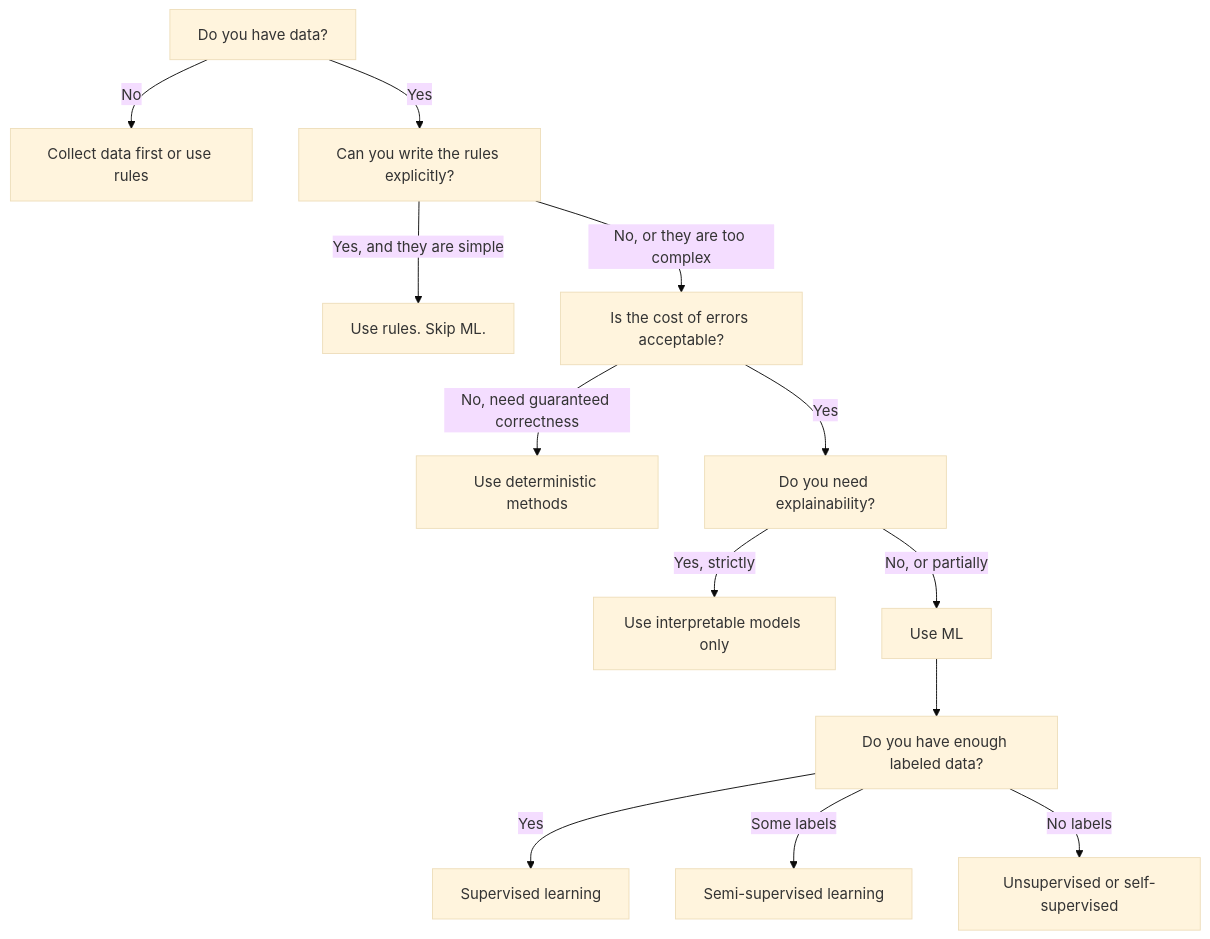
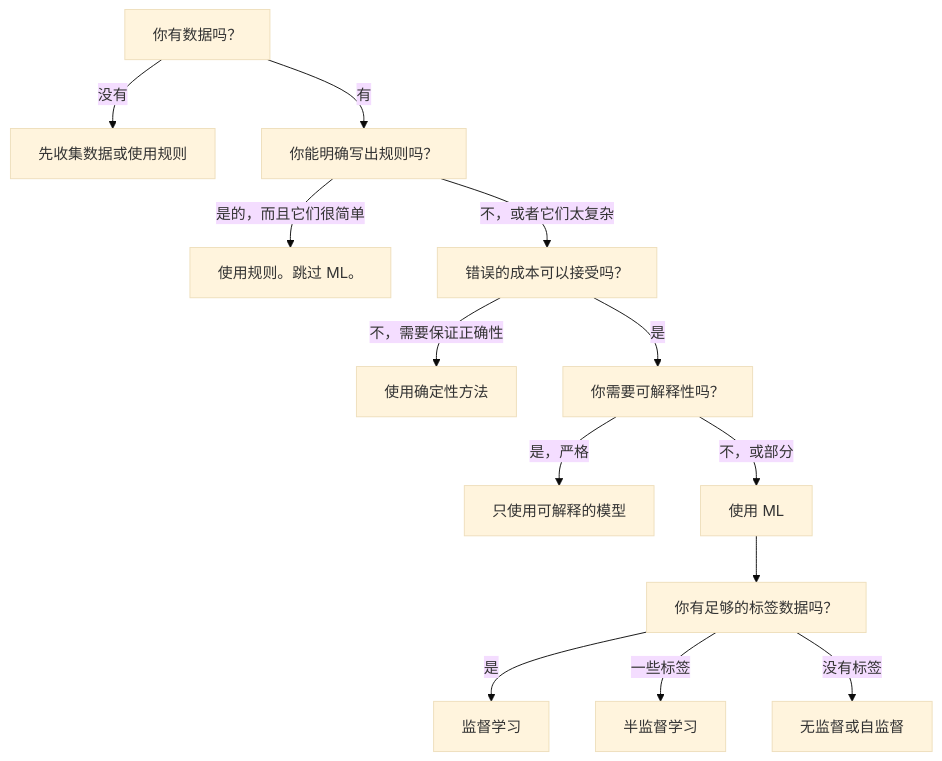
Before and after one commit to guangningsun/ailearning: the sixth of 6 diagrams in lessons/02-ml-fundamentals/01-what-is-machine-learning/docs/zh.md, drawn with Mermaid (base theme). The commit also changed other lines of this file and 53 other files, not shown here.

````diff
--- a/lessons/02-ml-fundamentals/01-what-is-machine-learning/docs/zh.md
+++ b/lessons/02-ml-fundamentals/01-what-is-machine-learning/docs/zh.md
@@ -275,15 +275,15 @@
 ```mermaid
 flowchart TD
-    A["Do you have data?"] -->|No| B["Collect data first or use rules"]
-    A -->|Yes| C["Can you write the rules explicitly?"]
-    C -->|"Yes, and they are simple"| D["Use rules. Skip ML."]
-    C -->|"No, or they are too complex"| E["Is the cost of errors acceptable?"]
-    E -->|"No, need guaranteed correctness"| F["Use deterministic methods"]
-    E -->|Yes| G["Do you need explainability?"]
-    G -->|"Yes, strictly"| H["Use interpretable models only"]
-    G -->|"No, or partially"| I["Use ML"]
-    I --> J["Do you have enough labeled data?"]
-    J -->|Yes| K["Supervised learning"]
-    J -->|"Some labels"| L["Semi-supervised learning"]
-    J -->|"No labels"| M["Unsupervised or self-supervised"]
+    A["你有数据吗？"] -->|没有| B["先收集数据或使用规则"]
+    A -->|有| C["你能明确写出规则吗？"]
+    C -->|"是的，而且它们很简单"| D["使用规则。跳过 ML。"]
+    C -->|"不，或者它们太复杂"| E["错误的成本可以接受吗？"]
+    E -->|"不，需要保证正确性"| F["使用确定性方法"]
+    E -->|是| G["你需要可解释性吗？"]
+    G -->|"是，严格"| H["只使用可解释的模型"]
+    G -->|"不，或部分"| I["使用 ML"]
+    I --> J["你有足够的标签数据吗？"]
+    J -->|是| K["监督学习"]
+    J -->|"一些标签"| L["半监督学习"]
+    J -->|"没有标签"| M["无监督或自监督"]
 ```
````
